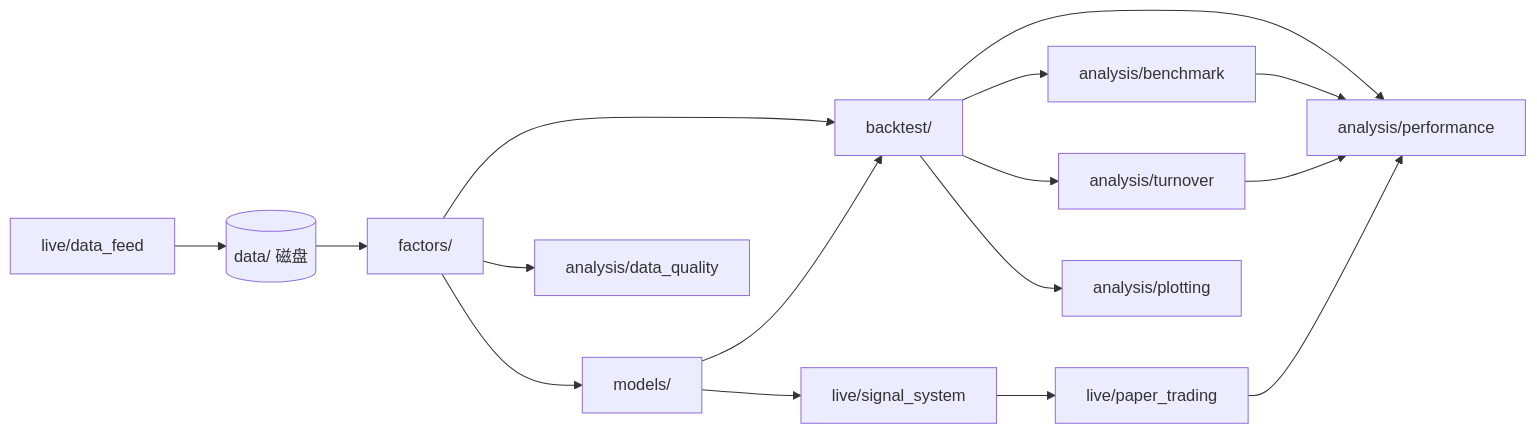
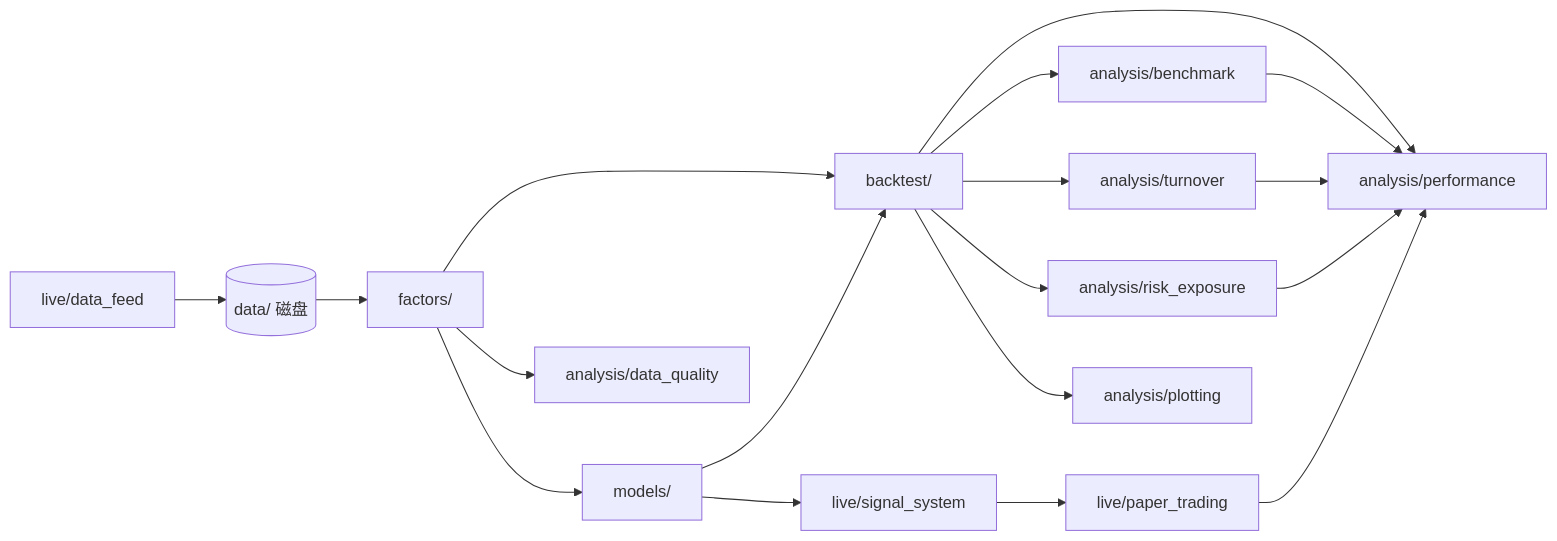
One commit to Mikowong0821/quant_strategy changed the diagram in docs/CODE_STRUCTURE.md. Above: the diagram before and after it, drawn with Mermaid. The commit also changed other lines of this file and 20 other files, not shown here.

````diff
--- a/docs/CODE_STRUCTURE.md
+++ b/docs/CODE_STRUCTURE.md
@@ -18,31 +18,34 @@
 ```mermaid
 flowchart LR
   data[(data/ 磁盘)]
   feed[live/data_feed]
   fac[factors/]
   bt[backtest/]
   opt[models/]
   sig[live/signal_system]
   paper[live/paper_trading]
   perf[analysis/performance]
   dq[analysis/data_quality]
   bench[analysis/benchmark]
   turn[analysis/turnover]
+  risk[analysis/risk_exposure]
   plot[analysis/plotting]
 
   data --> fac
   feed --> data
   fac --> bt
   fac --> dq
   opt --> bt
   bt --> perf
   bt --> bench
   bt --> turn
+  bt --> risk
   bench --> perf
   turn --> perf
+  risk --> perf
   bt --> plot
   fac --> opt
   opt --> sig
   sig --> paper
   paper --> perf
 ```
````
